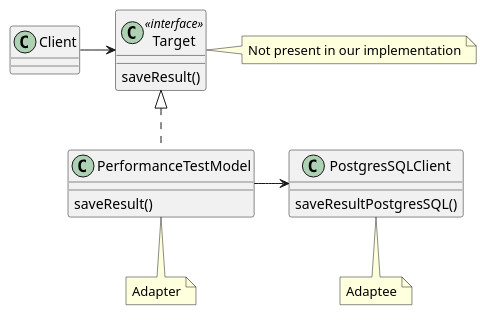
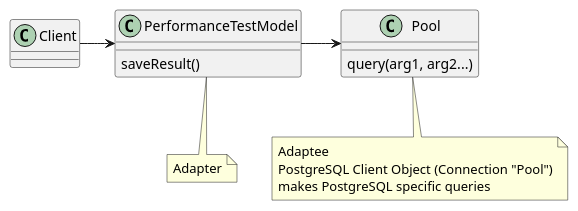
Before and after one commit to Lorilandly/ESN: the diagram in docs/design-patterns/design-pattern-specification.puml, drawn with PlantUML.

Commit message:
Update design pattern to be faithful to spec

```diff
--- a/docs/design-patterns/design-pattern-specification.puml
+++ b/docs/design-patterns/design-pattern-specification.puml
@@ -1,25 +1,20 @@
 @startuml
 class Client
-class Target <<interface>>
 class PerformanceTestModel
-class PostgresSQLClient
-Target : saveResult()
+class Pool
 PerformanceTestModel : saveResult()
-PostgresSQLClient : saveResultPostgresSQL()
-
-note right of Target
-Not present in our implementation
-end note
+Pool : query(arg1, arg2...)
 
 note bottom of PerformanceTestModel
 Adapter
 end note
 
-note bottom of PostgresSQLClient
+note bottom of Pool
 Adaptee
+PostgreSQL Client Object (Connection "Pool")
+makes PostgreSQL specific queries
 end note
 
-Client -> Target
-Target <|.. PerformanceTestModel 
-PerformanceTestModel -> PostgresSQLClient
+Client -> PerformanceTestModel
+PerformanceTestModel -> Pool
 @enduml
```
